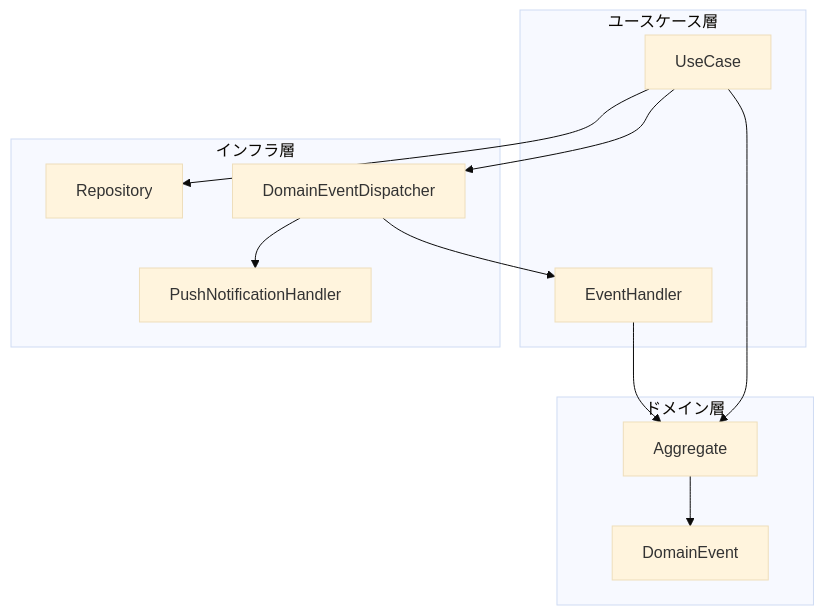
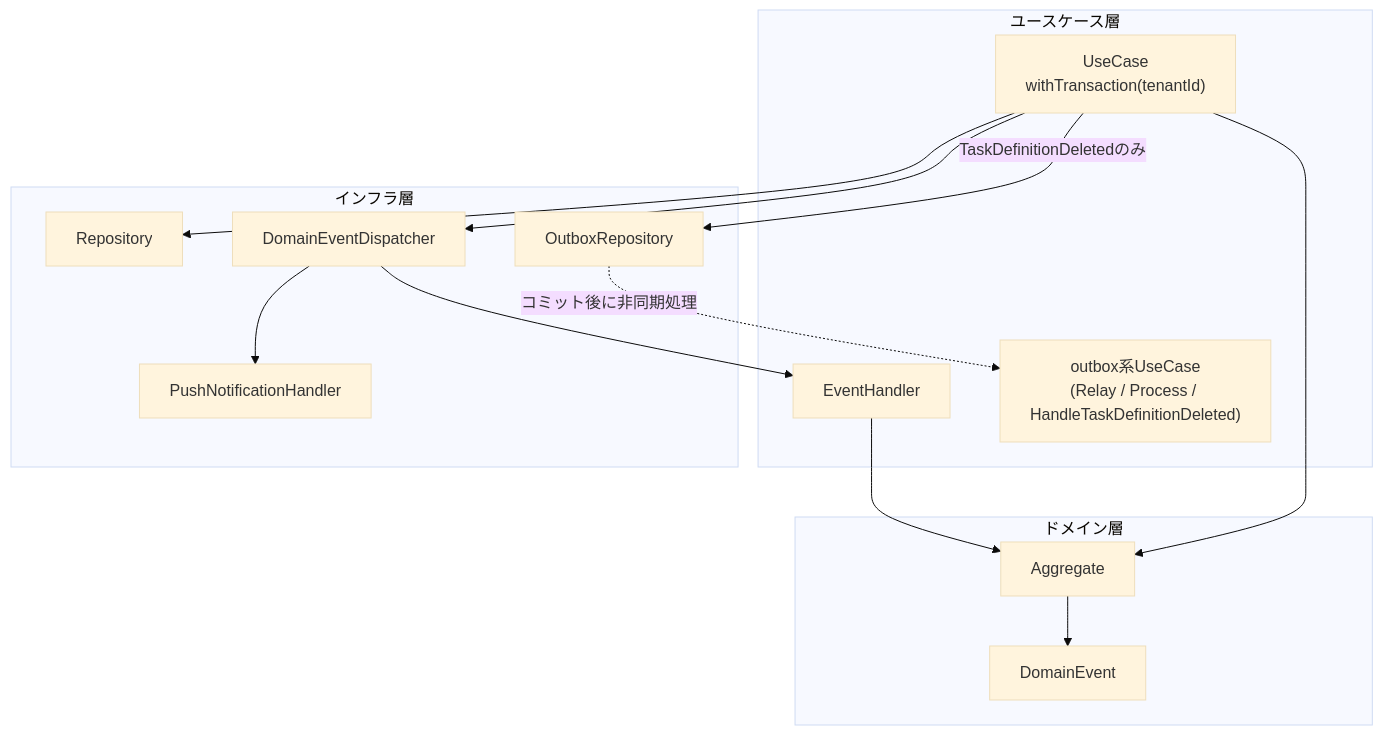
The first of 13 diagrams in doc/sequence-diagram.md (kotetsu1225/housework), drawn with Mermaid (base theme) before and after one commit. The commit also changed other lines of this file and 3 other files, not shown here.

First line of the commit message:
docs: #68 最終確認(シーケンス図・ディレクトリ構成を実装に合わせ、README の古い API 例を修正)

````diff
--- a/doc/sequence-diagram.md
+++ b/doc/sequence-diagram.md
@@ -9,26 +16,30 @@
 ```mermaid
 flowchart TB
     subgraph UseCase["ユースケース層"]
-        UC[UseCase]
+        UC["UseCase<br/>withTransaction(tenantId)"]
         Handler[EventHandler]
+        Outbox["outbox系UseCase<br/>(Relay / Process / HandleTaskDefinitionDeleted)"]
     end
 
     subgraph Domain["ドメイン層"]
         Agg[Aggregate]
         Event[DomainEvent]
     end
 
     subgraph Infra["インフラ層"]
         Repo[Repository]
         Dispatcher[DomainEventDispatcher]
         PushHandler[PushNotificationHandler]
+        OutboxRepo[OutboxRepository]
     end
 
     UC --> Agg
     Agg --> Event
     UC --> Repo
     UC --> Dispatcher
     Dispatcher --> Handler
     Dispatcher --> PushHandler
     Handler --> Agg
+    UC -->|TaskDefinitionDeletedのみ| OutboxRepo
+    OutboxRepo -.->|コミット後に非同期処理| Outbox
 ```
````
